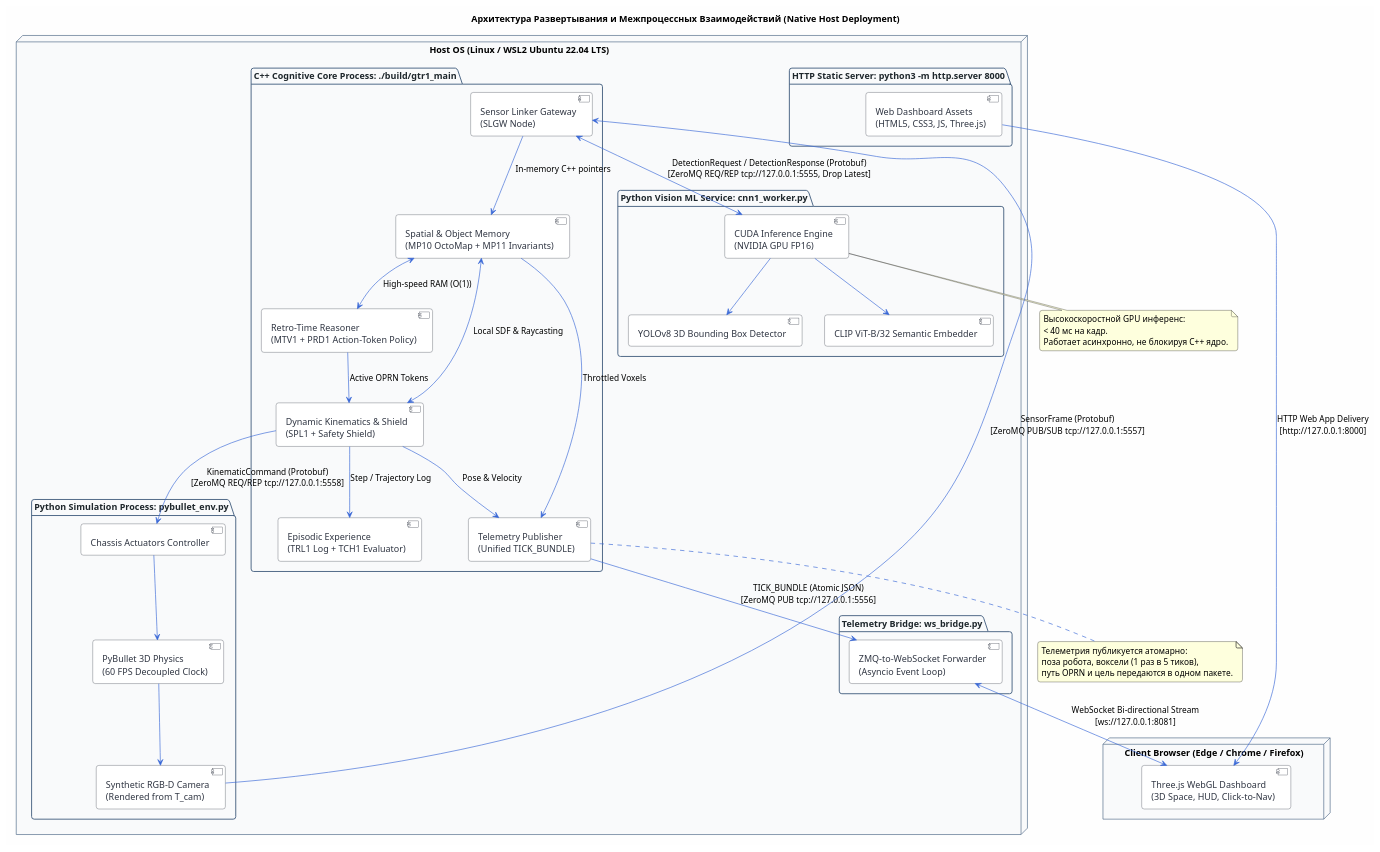
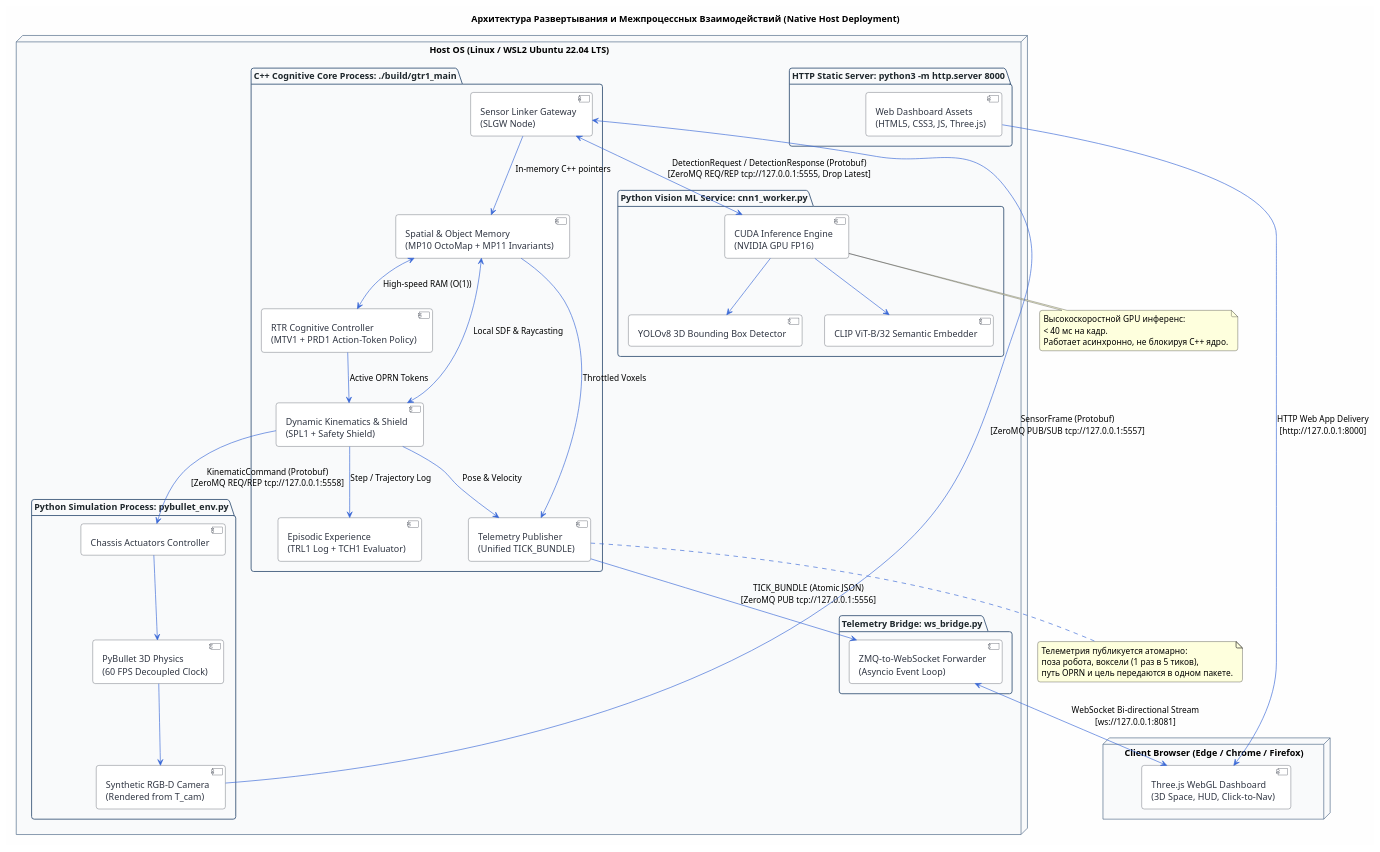
The fourth of 5 diagrams in 01_architecture/TARGET_ARCHITECTURE.md (hedeks/demonstration_GTR1), drawn with PlantUML before and after one commit. The commit also changed other lines of this file and 3 other files, not shown here.

Commit message:
docs(architecture): address review audit points (ZMQ conflate policy, DRAFT status, canonical RTR/BLOM ontology)

```diff
--- a/01_architecture/TARGET_ARCHITECTURE.md
+++ b/01_architecture/TARGET_ARCHITECTURE.md
@@ -587,7 +598,7 @@
   package "C++ Cognitive Core Process: ./build/gtr1_main" {
     component "Sensor Linker Gateway\n(SLGW Node)" as SLGW
     component "Spatial & Object Memory\n(MP10 OctoMap + MP11 Invariants)" as MEM
-    component "Retro-Time Reasoner\n(MTV1 + PRD1 Action-Token Policy)" as PRD
+    component "RTR Cognitive Controller\n(MTV1 + PRD1 Action-Token Policy)" as PRD
     component "Dynamic Kinematics & Shield\n(SPL1 + Safety Shield)" as KIN
     component "Episodic Experience\n(TRL1 Log + TCH1 Evaluator)" as TRL
     component "Telemetry Publisher\n(Unified TICK_BUNDLE)" as TELEM
```
